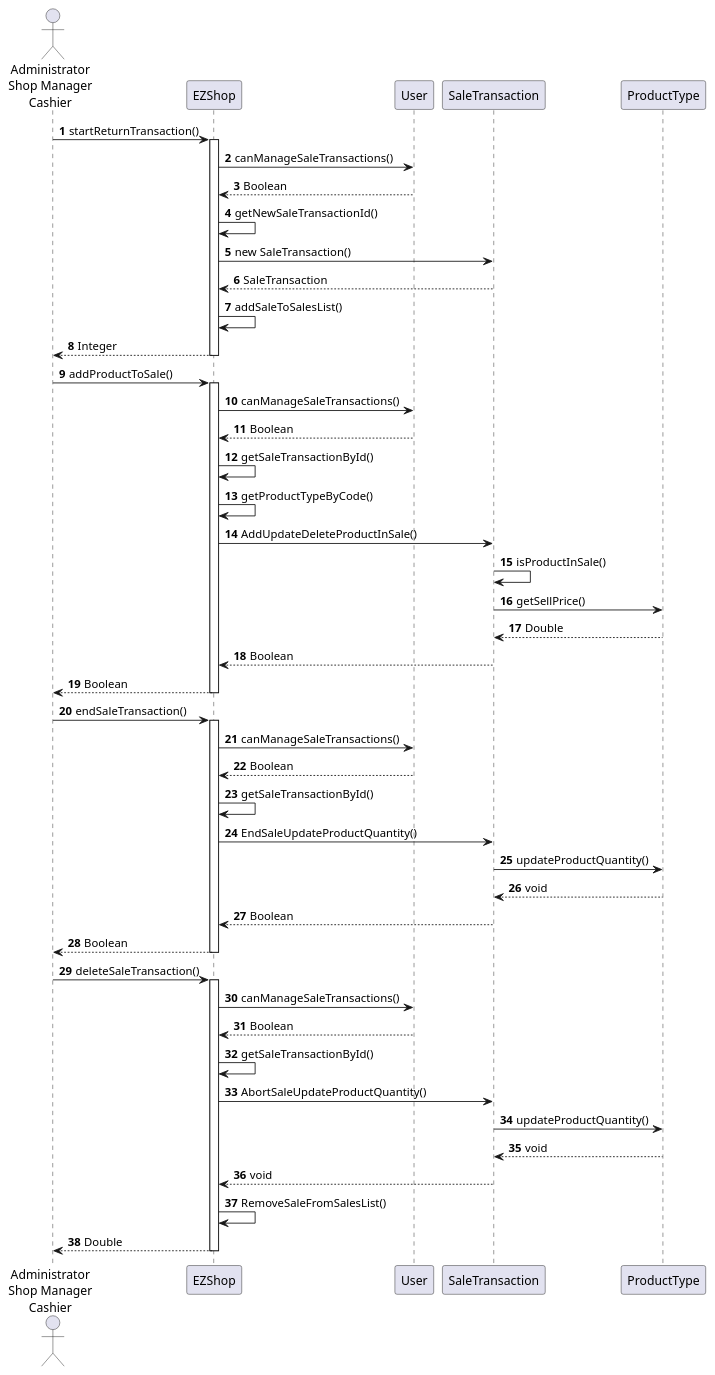
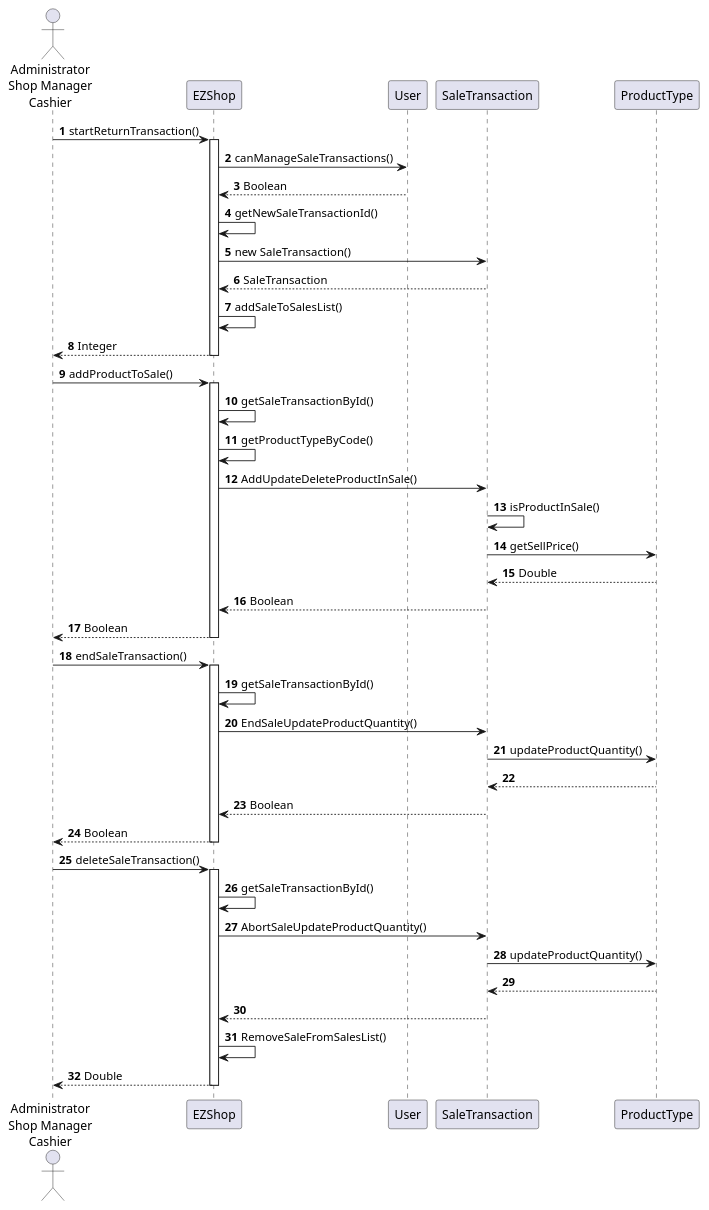
Diagram 13 of 16 in Deliverables/DesignDocument.md (gioele-scaletta/EZShop-Software-Engineering-Project), drawn with PlantUML before and after one commit. The commit also changed other lines of this file, not shown here.

````diff
--- a/Deliverables/DesignDocument.md
+++ b/Deliverables/DesignDocument.md
@@ -486,56 +495,56 @@
 ```plantuml
 actor "Administrator\nShop Manager\nCashier" as user
 
 autonumber
 
 user -> EZShop : startReturnTransaction()
 activate  EZShop
 EZShop -> User : canManageSaleTransactions()
 EZShop <-- User : Boolean
 EZShop -> EZShop : getNewSaleTransactionId()
 EZShop -> SaleTransaction : new SaleTransaction()
 EZShop <-- SaleTransaction : SaleTransaction
 EZShop -> EZShop : addSaleToSalesList()
 user <-- EZShop : Integer
 deactivate EZShop
 
 user -> EZShop : addProductToSale()
 activate  EZShop
-EZShop -> User : canManageSaleTransactions()
-EZShop <-- User : Boolean
+'EZShop -> User : canManageSaleTransactions()
+'EZShop <-- User : Boolean
 EZShop -> EZShop : getSaleTransactionById()
 EZShop-> EZShop : getProductTypeByCode()
 EZShop -> SaleTransaction : AddUpdateDeleteProductInSale()
 SaleTransaction -> SaleTransaction : isProductInSale()
 SaleTransaction -> ProductType : getSellPrice()
 SaleTransaction <-- ProductType : Double
 EZShop <-- SaleTransaction : Boolean
 user <-- EZShop : Boolean
 deactivate EZShop
 
 user -> EZShop : endSaleTransaction()
 activate  EZShop
-EZShop -> User : canManageSaleTransactions()
-EZShop <-- User : Boolean
+'EZShop -> User : canManageSaleTransactions()
+'EZShop <-- User : Boolean
 EZShop -> EZShop : getSaleTransactionById()
 EZShop -> SaleTransaction : EndSaleUpdateProductQuantity()
 SaleTransaction -> ProductType : updateProductQuantity()
-SaleTransaction <-- ProductType : void
+SaleTransaction <-- ProductType 
 EZShop <-- SaleTransaction : Boolean
 user <-- EZShop : Boolean
 deactivate EZShop
 
 user -> EZShop : deleteSaleTransaction()
 activate  EZShop
-EZShop -> User : canManageSaleTransactions()
-EZShop <-- User : Boolean
+'EZShop -> User : canManageSaleTransactions()
+'EZShop <-- User : Boolean
 EZShop -> EZShop : getSaleTransactionById()
 EZShop -> SaleTransaction : AbortSaleUpdateProductQuantity()
 SaleTransaction -> ProductType : updateProductQuantity()
-SaleTransaction <-- ProductType : void
-EZShop <-- SaleTransaction : void
+SaleTransaction <-- ProductType 
+EZShop <-- SaleTransaction 
 EZShop->EZShop : RemoveSaleFromSalesList()
 user <-- EZShop : Double
 deactivate EZShop
 
 ```
````
